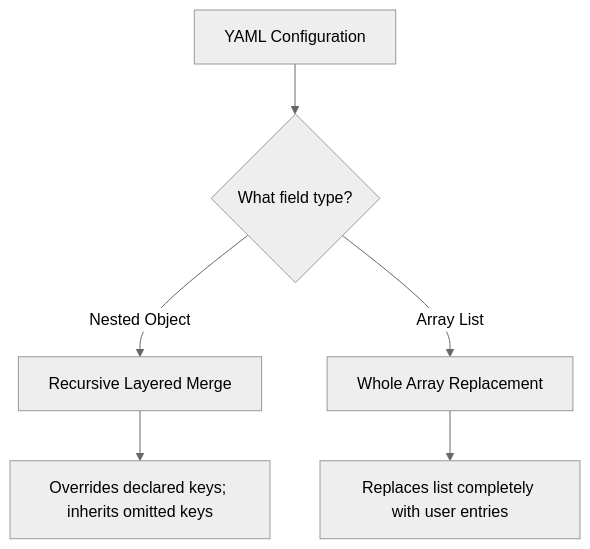
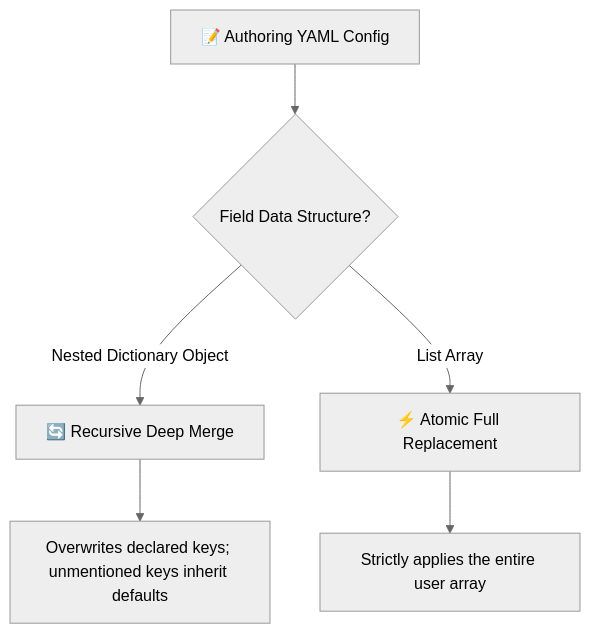
Before and after one commit to LyraVoid/Shirone-Docs: the diagram in docs/en/guide/content-separation/config-overlay/README.md, drawn with Mermaid (neutral theme). The commit also changed other lines of this file and 15 other files, not shown here.

Commit message:
docs: update content separation guides with improved terminology, clearer instructions, and enhanced structure for better user experience across setup, deployment, and troubleshooting

````diff
--- a/docs/en/guide/content-separation/config-overlay/README.md
+++ b/docs/en/guide/content-separation/config-overlay/README.md
@@ -23,8 +26,8 @@
 ```mermaid
 flowchart TD
-    A[YAML Configuration] --> B{What field type?}
-    B -->|Nested Object| C[Recursive Layered Merge]
-    B -->|Array List| D[Whole Array Replacement]
-    C --> E[Overrides declared keys; inherits omitted keys]
-    D --> F[Replaces list completely with user entries]
+    A["📝 Authoring YAML Config"] --> B{"Field Data Structure?"}
+    B -->|Nested Dictionary Object| C["🔄 Recursive Deep Merge"]
+    B -->|List Array| D["⚡ Atomic Full Replacement"]
+    C --> E["Overwrites declared keys; unmentioned keys inherit defaults"]
+    D --> F["Strictly applies the entire user array"]
 ```
````
